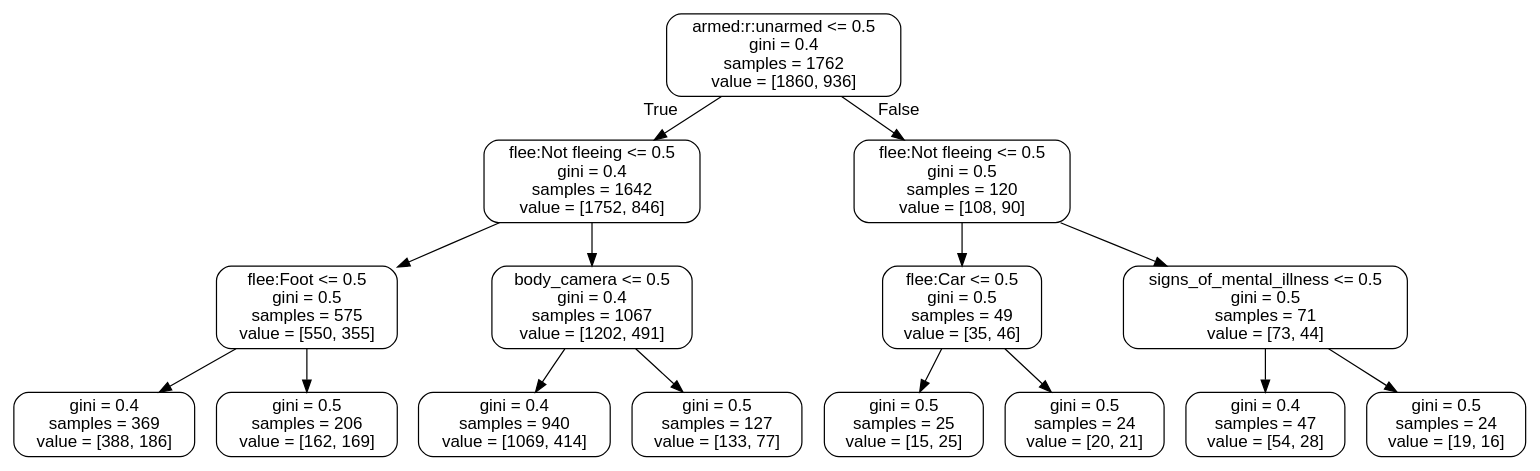
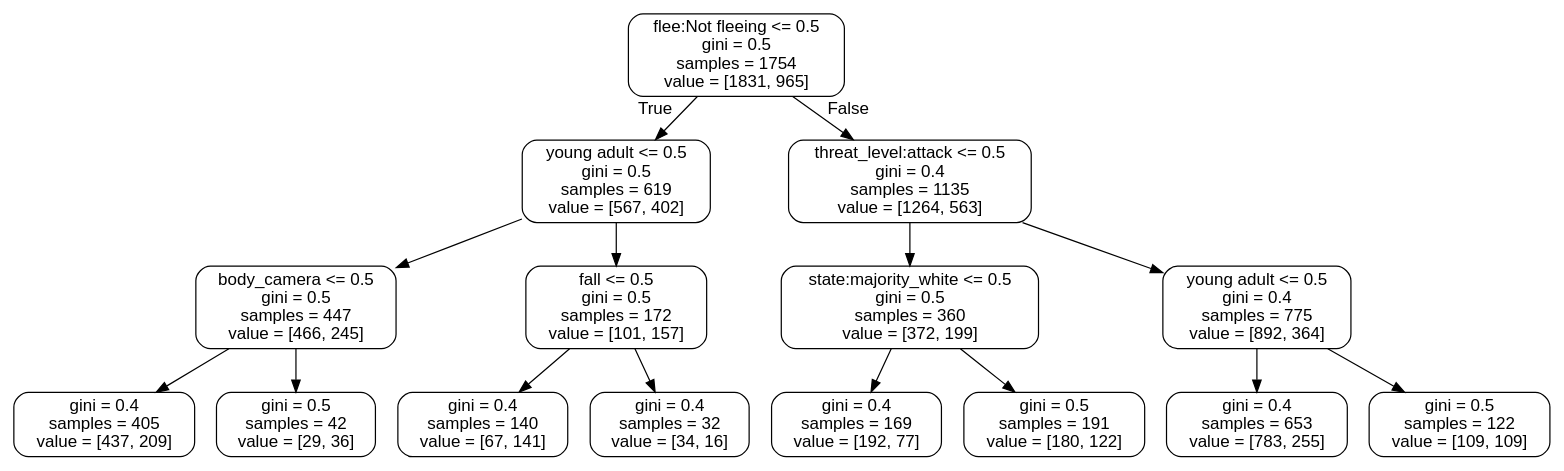
Before and after one commit to mikekeith52/Police-shootings-insights_updated: the diagram in img/small_tree.dot, drawn with Graphviz. The commit also changed 9 other files, not shown here.

```diff
--- a/img/small_tree.dot
+++ b/img/small_tree.dot
@@ -1,33 +1,33 @@
 digraph Tree {
 node [shape=box, style="rounded", color="black", fontname=helvetica] ;
 edge [fontname=helvetica] ;
-0 [label="armed:r:unarmed <= 0.5\ngini = 0.4\nsamples = 1762\nvalue = [1860, 936]"] ;
-1 [label="flee:Not fleeing <= 0.5\ngini = 0.4\nsamples = 1642\nvalue = [1752, 846]"] ;
+0 [label="flee:Not fleeing <= 0.5\ngini = 0.5\nsamples = 1754\nvalue = [1831, 965]"] ;
+1 [label="young adult <= 0.5\ngini = 0.5\nsamples = 619\nvalue = [567, 402]"] ;
 0 -> 1 [labeldistance=2.5, labelangle=45, headlabel="True"] ;
-2 [label="flee:Foot <= 0.5\ngini = 0.5\nsamples = 575\nvalue = [550, 355]"] ;
+2 [label="body_camera <= 0.5\ngini = 0.5\nsamples = 447\nvalue = [466, 245]"] ;
 1 -> 2 ;
-3 [label="gini = 0.4\nsamples = 369\nvalue = [388, 186]"] ;
+3 [label="gini = 0.4\nsamples = 405\nvalue = [437, 209]"] ;
 2 -> 3 ;
-4 [label="gini = 0.5\nsamples = 206\nvalue = [162, 169]"] ;
+4 [label="gini = 0.5\nsamples = 42\nvalue = [29, 36]"] ;
 2 -> 4 ;
-5 [label="body_camera <= 0.5\ngini = 0.4\nsamples = 1067\nvalue = [1202, 491]"] ;
+5 [label="fall <= 0.5\ngini = 0.5\nsamples = 172\nvalue = [101, 157]"] ;
 1 -> 5 ;
-6 [label="gini = 0.4\nsamples = 940\nvalue = [1069, 414]"] ;
+6 [label="gini = 0.4\nsamples = 140\nvalue = [67, 141]"] ;
 5 -> 6 ;
-7 [label="gini = 0.5\nsamples = 127\nvalue = [133, 77]"] ;
+7 [label="gini = 0.4\nsamples = 32\nvalue = [34, 16]"] ;
 5 -> 7 ;
-8 [label="flee:Not fleeing <= 0.5\ngini = 0.5\nsamples = 120\nvalue = [108, 90]"] ;
+8 [label="threat_level:attack <= 0.5\ngini = 0.4\nsamples = 1135\nvalue = [1264, 563]"] ;
 0 -> 8 [labeldistance=2.5, labelangle=-45, headlabel="False"] ;
-9 [label="flee:Car <= 0.5\ngini = 0.5\nsamples = 49\nvalue = [35, 46]"] ;
+9 [label="state:majority_white <= 0.5\ngini = 0.5\nsamples = 360\nvalue = [372, 199]"] ;
 8 -> 9 ;
-10 [label="gini = 0.5\nsamples = 25\nvalue = [15, 25]"] ;
+10 [label="gini = 0.4\nsamples = 169\nvalue = [192, 77]"] ;
 9 -> 10 ;
-11 [label="gini = 0.5\nsamples = 24\nvalue = [20, 21]"] ;
+11 [label="gini = 0.5\nsamples = 191\nvalue = [180, 122]"] ;
 9 -> 11 ;
-12 [label="signs_of_mental_illness <= 0.5\ngini = 0.5\nsamples = 71\nvalue = [73, 44]"] ;
+12 [label="young adult <= 0.5\ngini = 0.4\nsamples = 775\nvalue = [892, 364]"] ;
 8 -> 12 ;
-13 [label="gini = 0.4\nsamples = 47\nvalue = [54, 28]"] ;
+13 [label="gini = 0.4\nsamples = 653\nvalue = [783, 255]"] ;
 12 -> 13 ;
-14 [label="gini = 0.5\nsamples = 24\nvalue = [19, 16]"] ;
+14 [label="gini = 0.5\nsamples = 122\nvalue = [109, 109]"] ;
 12 -> 14 ;
 }
```
